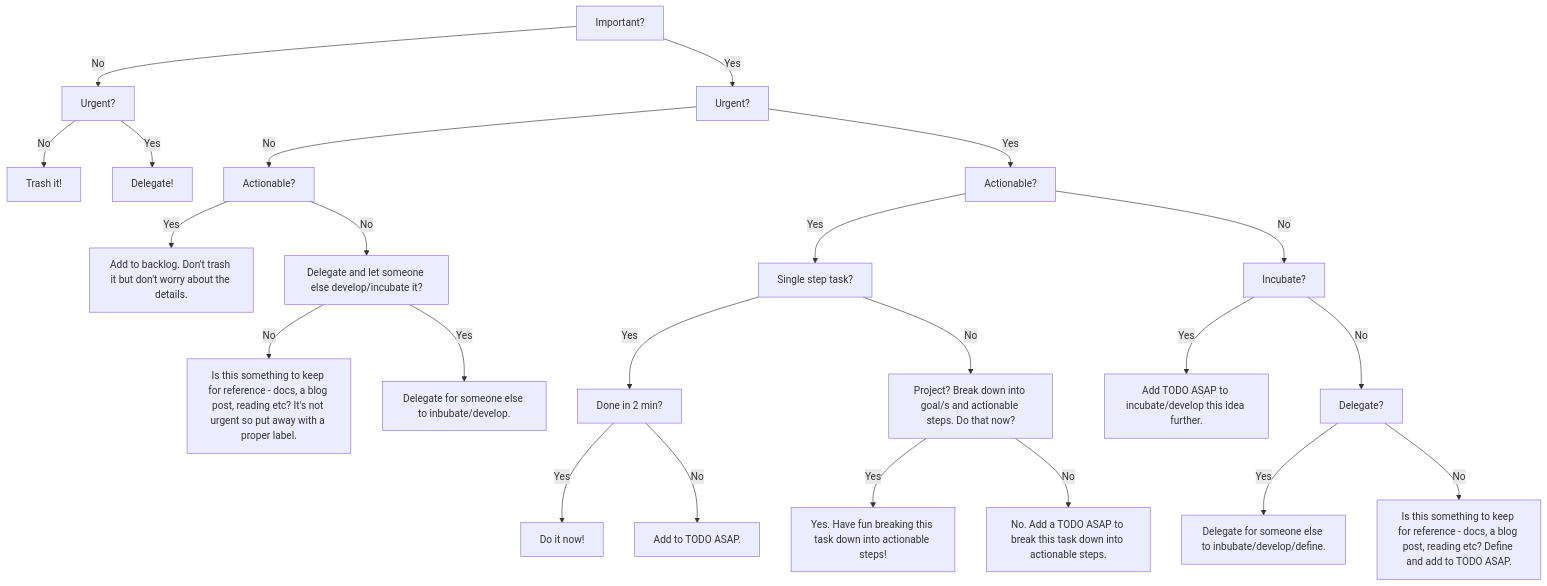
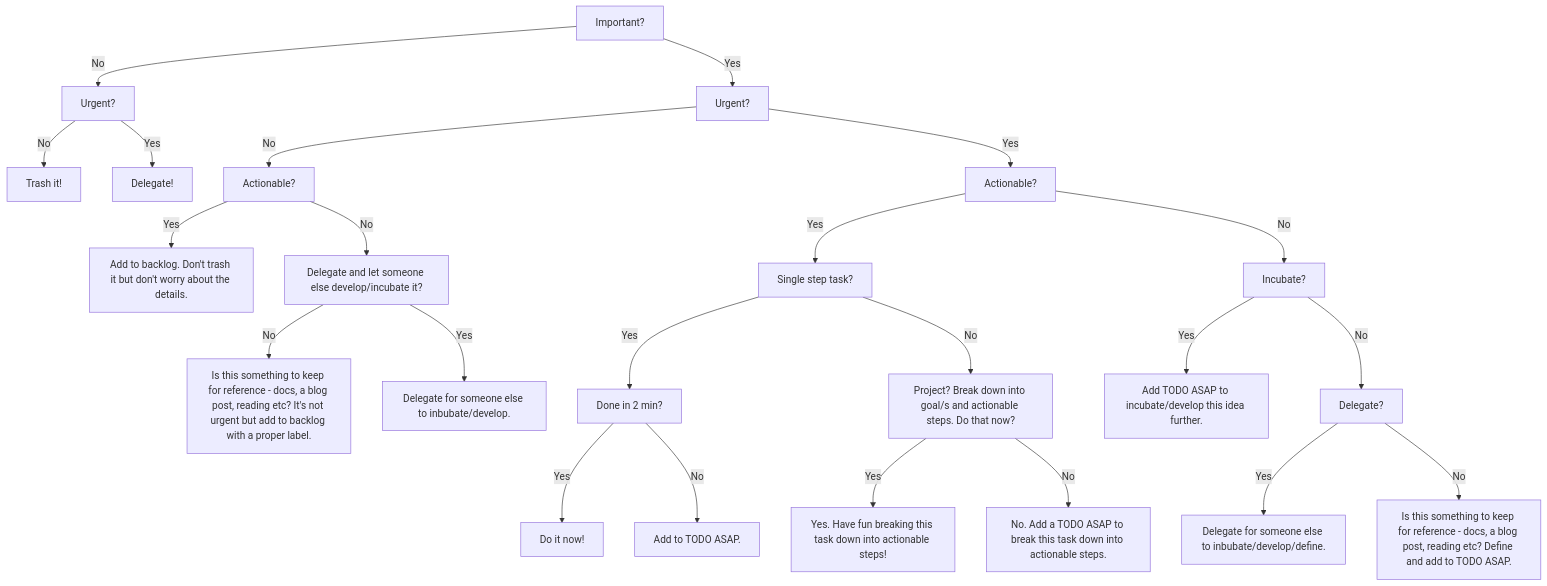
One commit to davidberglund/getting_things_done changed the diagram in gtd.mmd. Above: the diagram before and after it, drawn with Mermaid. The commit also changed 1 other file, not shown here.

Commit message:
gtd mermaid

```diff
--- a/gtd.mmd
+++ b/gtd.mmd
@@ -1,33 +1,33 @@
 graph TD
     Important[Important?]
 
     Important -->|No| ImportantNoUrgent[Urgent?]
     Important -->|Yes| ImportantYesUrgent[Urgent?]
 
     ImportantNoUrgent -->|No| ImportantNoUrgentNo[Trash it!]
     ImportantNoUrgent -->|Yes| ImportantNoUrgentYesActionable[Delegate!]
 
     ImportantYesUrgent -->|No| ImportantYesUrgentNoActionable[Actionable?]
     ImportantYesUrgent -->|Yes| ImportantYesUrgentYesActionable[Actionable?]
 
     ImportantYesUrgentNoActionable -->|Yes| ImportantYesUrgentNoActionableYes[Add to backlog. Don't trash it but don't worry about the details.]
     ImportantYesUrgentNoActionable -->|No| ImportantYesUrgentNoActionableNoDelegate[Delegate and let someone else develop/incubate it?]
-    ImportantYesUrgentNoActionableNoDelegate -->|No| ImportantYesUrgentNoActionableNoDelegateNo[Is this something to keep for reference - docs, a blog post, reading etc? It's not urgent so put away with a proper label.]
+    ImportantYesUrgentNoActionableNoDelegate -->|No| ImportantYesUrgentNoActionableNoDelegateNo[Is this something to keep for reference - docs, a blog post, reading etc? It's not urgent but add to backlog with a proper label.]
     ImportantYesUrgentNoActionableNoDelegate -->|Yes| ImportantYesUrgentNoActionableNoDelegateYes[Delegate for someone else to inbubate/develop.]
 
     ImportantYesUrgentYesActionable -->|Yes| ImportantYesUrgentYesActionableYesSingleStepTask[Single step task?]
     ImportantYesUrgentYesActionable -->|No| ImportantYesUrgentYesActionableNoIncubate[Incubate?]
     
     ImportantYesUrgentYesActionableYesSingleStepTask -->|Yes| ImportantYesUrgentYesActionableYesSingleStepTaskYesDoneIn2Mins[Done in 2 min?]
     ImportantYesUrgentYesActionableYesSingleStepTask -->|No| ImportantYesUrgentYesActionableYesSingleStepTaskNoIncubateNow[Project? Break down into goal/s and actionable steps. Do that now?]
     ImportantYesUrgentYesActionableYesSingleStepTaskNoIncubateNow -->|Yes| ImportantYesUrgentYesActionableYesSingleStepTaskNoIncubateNowYes[Yes. Have fun breaking this task down into actionable steps!]
     ImportantYesUrgentYesActionableYesSingleStepTaskNoIncubateNow -->|No| ImportantYesUrgentYesActionableYesSingleStepTaskNoIncubateNowNo[No. Add a TODO ASAP to break this task down into actionable steps.]
 
     ImportantYesUrgentYesActionableYesSingleStepTaskYesDoneIn2Mins -->|Yes| ImportantYesUrgentYesActionableYesSingleStepTaskYesDoneIn2MinsYes[Do it now!]
     ImportantYesUrgentYesActionableYesSingleStepTaskYesDoneIn2Mins -->|No| ImportantYesUrgentYesActionableYesSingleStepTaskYesDoneIn2MinsNo[Add to TODO ASAP.]
 
     ImportantYesUrgentYesActionableNoIncubate -->|Yes| ImportantYesUrgentYesActionableNoIncubateYes[Add TODO ASAP to incubate/develop this idea further.]
     ImportantYesUrgentYesActionableNoIncubate -->|No| ImportantYesUrgentYesActionableNoIncubateNoDelegate[Delegate?]
 
     ImportantYesUrgentYesActionableNoIncubateNoDelegate -->|Yes| ImportantYesUrgentYesActionableNoIncubateNoDelegateYes[Delegate for someone else to inbubate/develop/define.] 
     ImportantYesUrgentYesActionableNoIncubateNoDelegate -->|No| ImportantYesUrgentYesActionableNoIncubateNoDelegateNo[Is this something to keep for reference - docs, a blog post, reading etc? Define and add to TODO ASAP.]
```
